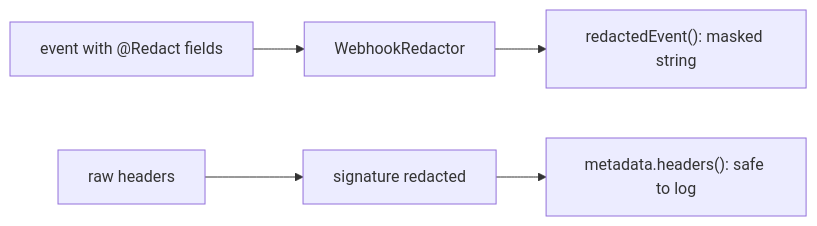
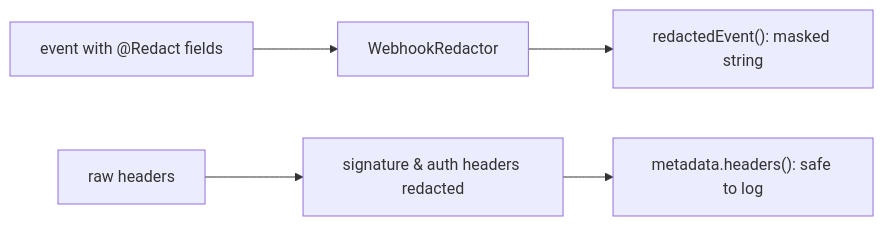
One commit to jinternals/webhooks changed the sixth of 6 diagrams in docs/guides/verification-and-security.md. Above: the diagram before and after it, drawn with Mermaid. The commit also changed other lines of this file and 13 other files, not shown here.

Commit message:
Fix documentation discrepancies, Mermaid syntax, and CI/Dependabot coverage

````diff
--- a/docs/guides/verification-and-security.md
+++ b/docs/guides/verification-and-security.md
@@ -386,7 +387,7 @@
 ```mermaid
 flowchart LR
     Event["event with @Redact fields"] --> Red["WebhookRedactor"]
     Red --> Safe["redactedEvent(): masked string"]
-    Headers["raw headers"] --> R2["signature redacted"]
+    Headers["raw headers"] --> R2["signature & auth headers redacted"]
     R2 --> SafeH["metadata.headers(): safe to log"]
 ```
````
